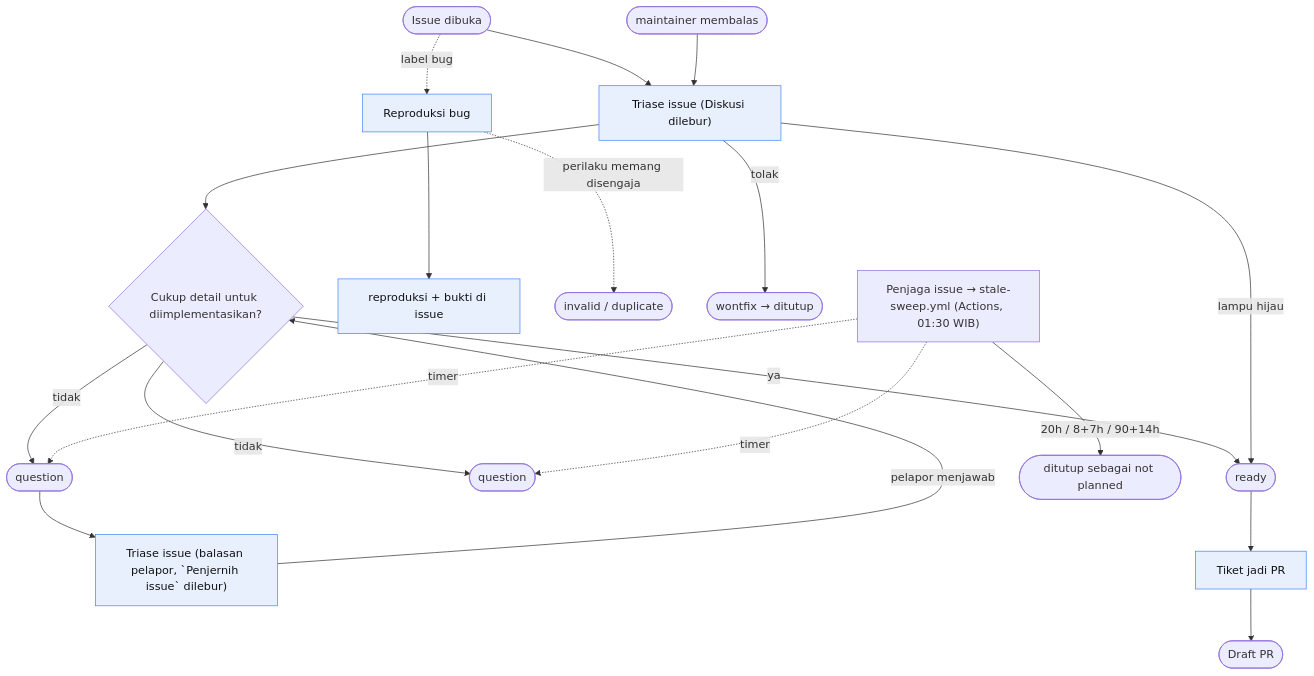
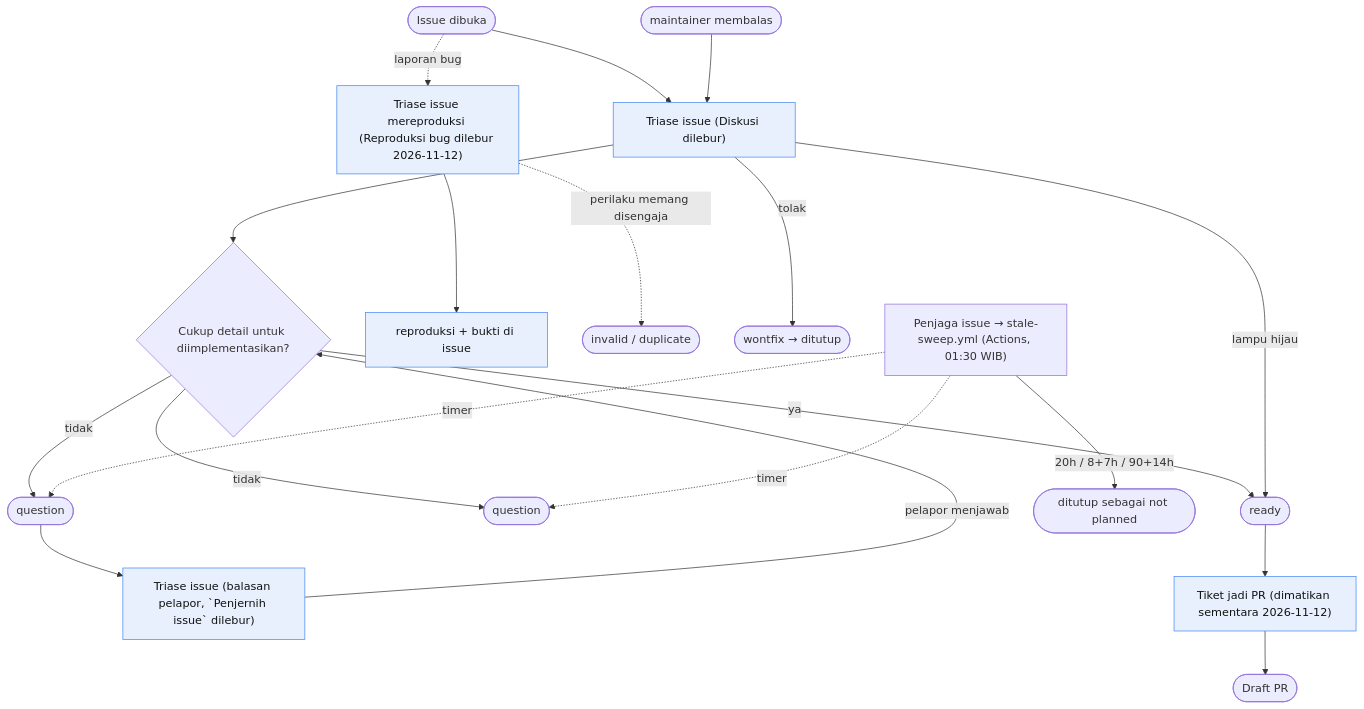
Before and after one commit to cipansor/cipansor: the third of 6 diagrams in docs/SDLC-FLOW.md, drawn with Mermaid. The commit also changed other lines of this file and 4 other files, not shown here.

````diff
--- a/docs/SDLC-FLOW.md
+++ b/docs/SDLC-FLOW.md
@@ -540,29 +541,29 @@
 ```mermaid
 flowchart TD
   classDef cloud fill:#e8f0fe,stroke:#4285f4,color:#111;
   classDef human fill:#e9f7ef,stroke:#27ae60,color:#111;
 
   I([Issue dibuka]) --> C15["Triase issue"]:::cloud
   C15 --> D{"Cukup detail untuk diimplementasikan?"}
   D -- ya --> R(["ready"])
   D -- tidak --> Q(["question"])
   D -- tidak --> NI(["question"])
 
   NI --> C16["Triase issue (balasan pelapor, `Penjernih issue` dilebur)"]:::cloud
   C16 -- "pelapor menjawab" --> D
 
-  I -. "label bug" .-> C5["Reproduksi bug"]:::cloud
+  I -. "laporan bug" .-> C5["Triase issue mereproduksi (Reproduksi bug dilebur 2026-11-12)"]:::cloud
   C5 --> BUG["reproduksi + bukti di issue"]:::cloud
   C5 -. "perilaku memang disengaja" .-> INV(["invalid / duplicate"])
 
   PM(["maintainer membalas"]) --> C15["Triase issue (Diskusi dilebur)"]:::cloud
   C15 -- "lampu hijau" --> R
   C15 -- "tolak" --> WF(["wontfix → ditutup"])
 
-  R --> C6["Tiket jadi PR"]:::cloud --> DPR([Draft PR])
+  R --> C6["Tiket jadi PR (dimatikan sementara 2026-11-12)"]:::cloud --> DPR([Draft PR])
 
   C21["Penjaga issue → stale-sweep.yml (Actions, 01:30 WIB)"]:::gh
   C21 -. "timer" .-> NI
   C21 -. "timer" .-> Q
   C21 -- "20h / 8+7h / 90+14h" --> CL(["ditutup sebagai not planned"])
 ```
````
